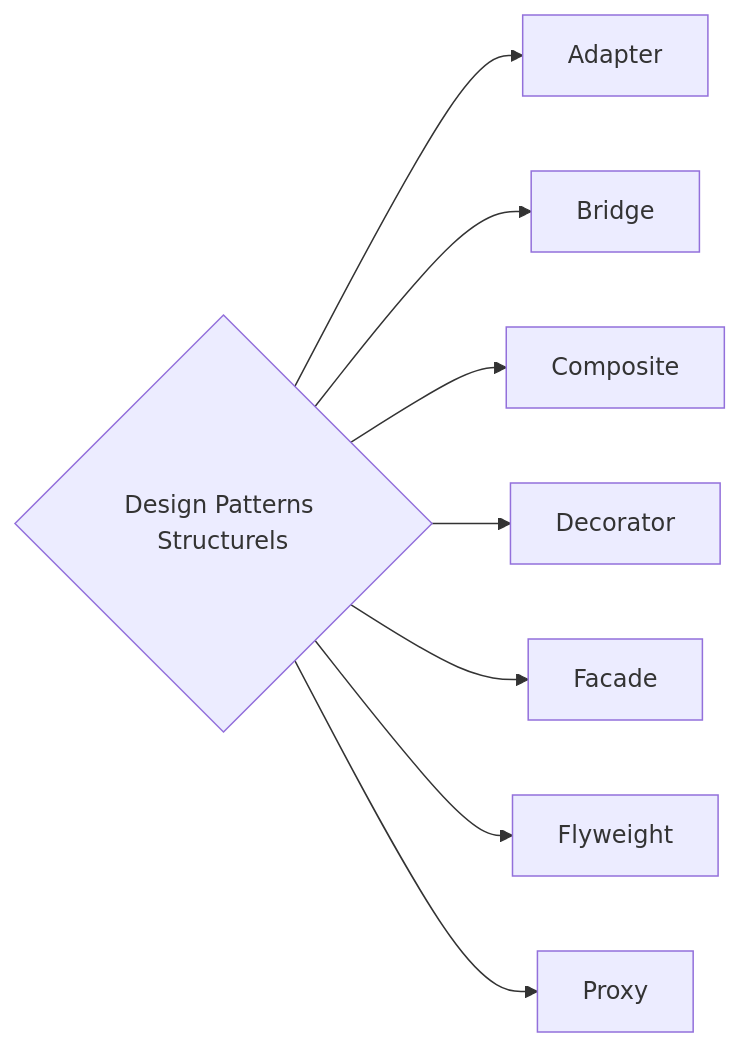
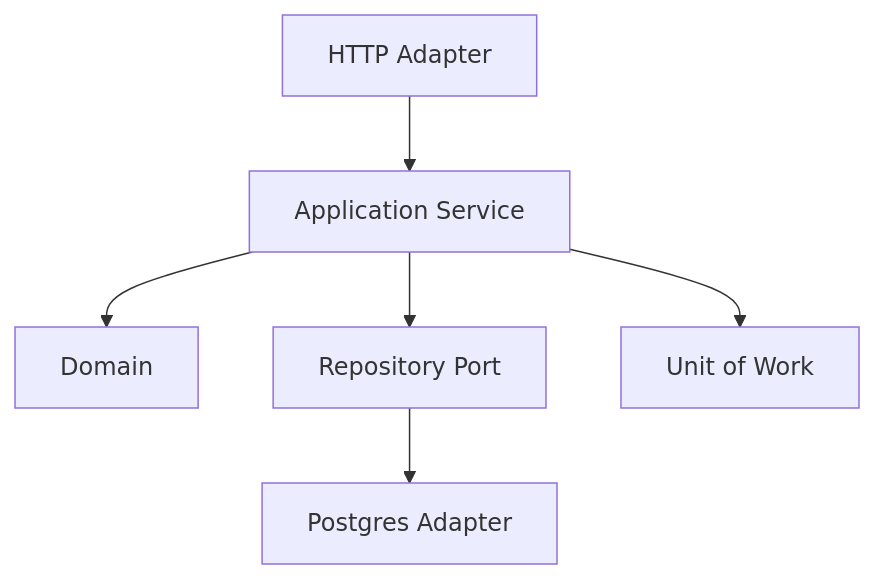
Before and after one commit to michaellaunay/NotesPubliques: the fifth of 5 diagrams in cours/Design patterns.md, drawn with Mermaid. The commit also changed other lines of this file, not shown here.

````diff
--- a/cours/Design patterns.md
+++ b/cours/Design patterns.md
@@ -490,10 +2025,8 @@
 ```mermaid
-graph LR
-    A{Design Patterns Structurels} --> B[Adapter]
-    A --> C[Bridge]
-    A --> D[Composite]
-    A --> E[Decorator]
-    A --> F[Facade]
-    A --> G[Flyweight]
-    A --> H[Proxy]
+graph TB
+    HTTP[HTTP Adapter] --> APP[Application Service]
+    APP --> DOMAIN[Domain]
+    APP --> PORT[Repository Port]
+    PORT --> DB[Postgres Adapter]
+    APP --> UOW[Unit of Work]
 ```
````
